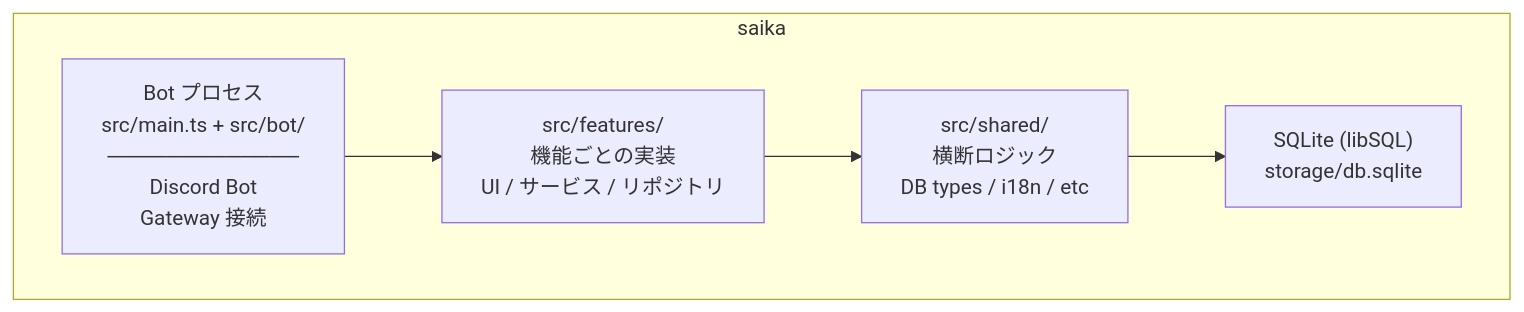
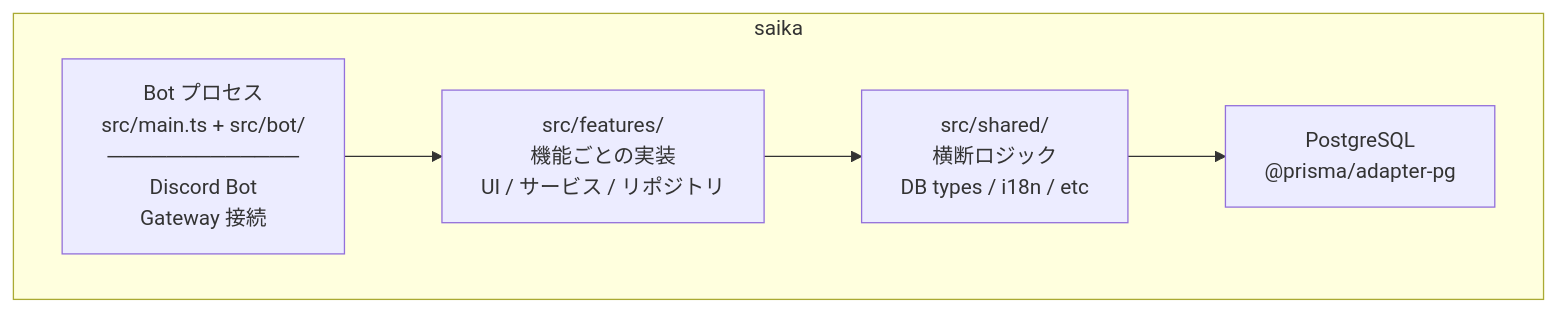
One commit to ayasono-project/saika changed the diagram in docs/guides/ARCHITECTURE.md. Above: the diagram before and after it, drawn with Mermaid. The commit also changed other lines of this file and 3 other files, not shown here.

First line of the commit message:
docs: PostgreSQL 移行を各ガイド・TODO に反映

````diff
--- a/docs/guides/ARCHITECTURE.md
+++ b/docs/guides/ARCHITECTURE.md
@@ -35,12 +34,12 @@
 ```mermaid
 graph TD
     subgraph saika["saika"]
         Bot["Bot プロセス<br>src/main.ts + src/bot/<br>─────────────<br>Discord Bot<br>Gateway 接続"]
         Features["src/features/<br>機能ごとの実装<br>UI / サービス / リポジトリ"]
         Shared["src/shared/<br>横断ロジック<br>DB types / i18n / etc"]
-        DB["SQLite (libSQL)<br>storage/db.sqlite"]
+        DB["PostgreSQL<br>@prisma/adapter-pg"]
     end
     Bot --> Features
     Features --> Shared
     Shared --> DB
 ```
````
